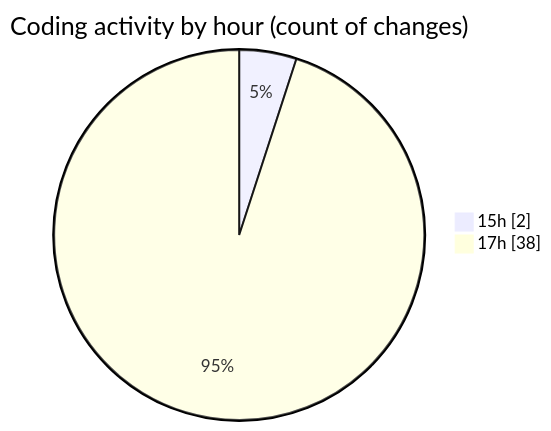
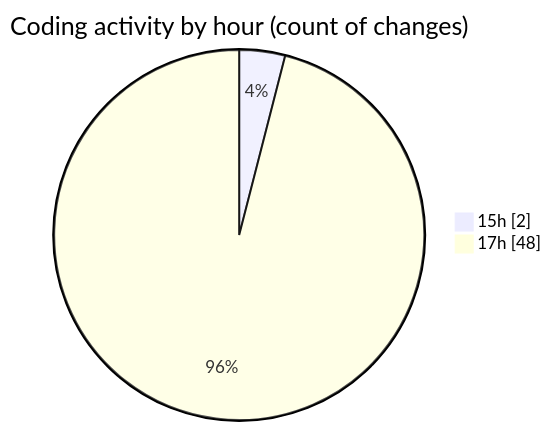
One commit to momahboobian/code-tracking changed the second of 2 diagrams in 2025-05-06/samplepdf/README.md. Above: the diagram before and after it, drawn with Mermaid. The commit also changed other lines of this file and 1 other file, not shown here.

````diff
--- a/2025-05-06/samplepdf/README.md
+++ b/2025-05-06/samplepdf/README.md
@@ -39,6 +40,6 @@
 ```mermaid
 pie showData
 title Coding activity by hour (count of changes)
 "15h" : 2
-"17h" : 38
+"17h" : 48
 ```
````
